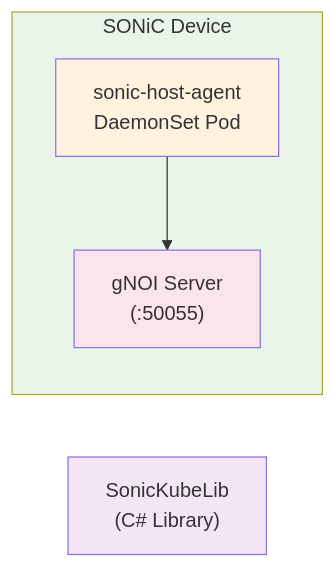
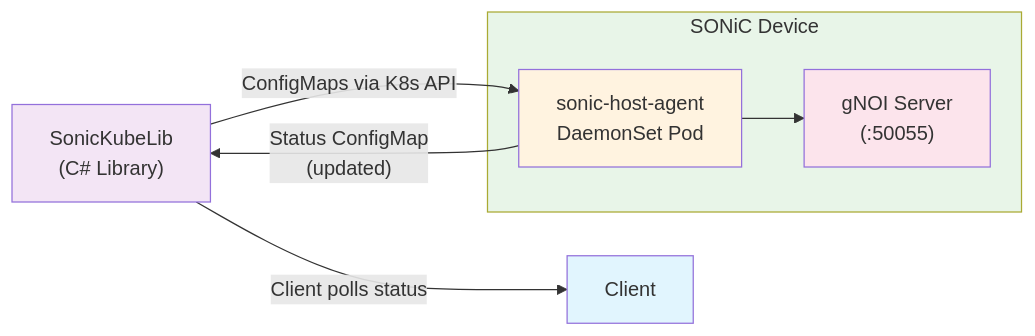
Before and after one commit to sonic-net/sonic-mgmt: the second of 2 diagrams in docs/testplan/Upgrade_gNOI-test-plan.md, drawn with Mermaid.

Commit message:
Updated testplan

````diff
--- a/docs/testplan/Upgrade_gNOI-test-plan.md
+++ b/docs/testplan/Upgrade_gNOI-test-plan.md
@@ -166,18 +166,24 @@
 ```mermaid
 graph LR
     MockKubeSONiC["SonicKubeLib
 (C# Library)"]
 
     subgraph Device ["SONiC Device"]
         Agent["sonic-host-agent
 DaemonSet Pod"]
         GNOI["gNOI Server
 (:50055)"]
         Agent --> GNOI
     end
 
+    MockKubeSONiC -->|"ConfigMaps via K8s API"| Agent
+    Agent -->|"Status ConfigMap
+(updated)"| MockKubeSONiC
+    MockKubeSONiC -->|"Client polls status"| Client
+
+    style Client fill:#e1f5fe
     style MockKubeSONiC fill:#f3e5f5
     style Device fill:#e8f5e8
     style Agent fill:#fff3e0
     style GNOI fill:#fce4ec
 ```
````
